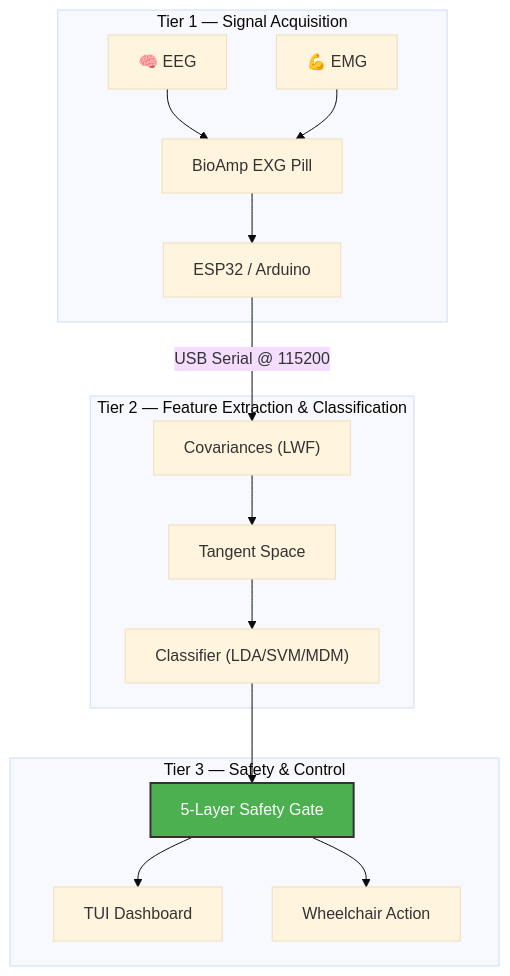
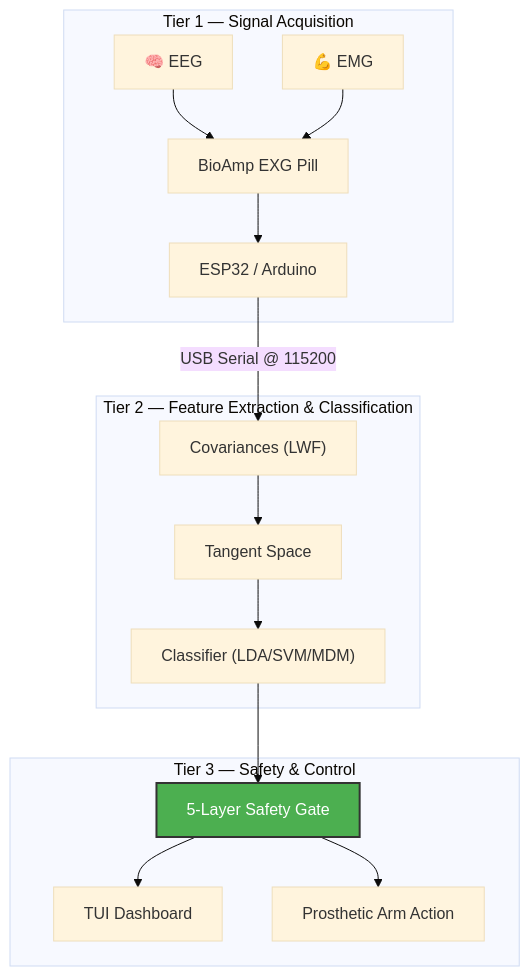
One commit to NAVEENKCG/Mind_Wave_AImodel changed the diagram in README.md. Above: the diagram before and after it, drawn with Mermaid (base theme). The commit also changed other lines of this file and 6 other files, not shown here.

````diff
--- a/README.md
+++ b/README.md
@@ -107,24 +107,24 @@
 ```mermaid
 flowchart TD
     subgraph T1["Tier 1 — Signal Acquisition"]
         EEG["🧠 EEG"] --> HW["BioAmp EXG Pill"]
         EMG["💪 EMG"] --> HW
         HW --> MCU["ESP32 / Arduino"]
     end
 
     subgraph T2["Tier 2 — Feature Extraction & Classification"]
         COV["Covariances (LWF)"] --> TS["Tangent Space"]
         TS --> CLS["Classifier (LDA/SVM/MDM)"]
     end
 
     subgraph T3["Tier 3 — Safety & Control"]
         GATE["5-Layer Safety Gate"]
         GATE --> TUI["TUI Dashboard"]
-        GATE --> WC["Wheelchair Action"]
+        GATE --> WC["Prosthetic Arm Action"]
     end
 
     MCU -->|"USB Serial @ 115200"| COV
     CLS --> GATE
 
     style GATE fill:#4caf50,stroke:#333,stroke-width:2px,color:#fff
 ```
````
